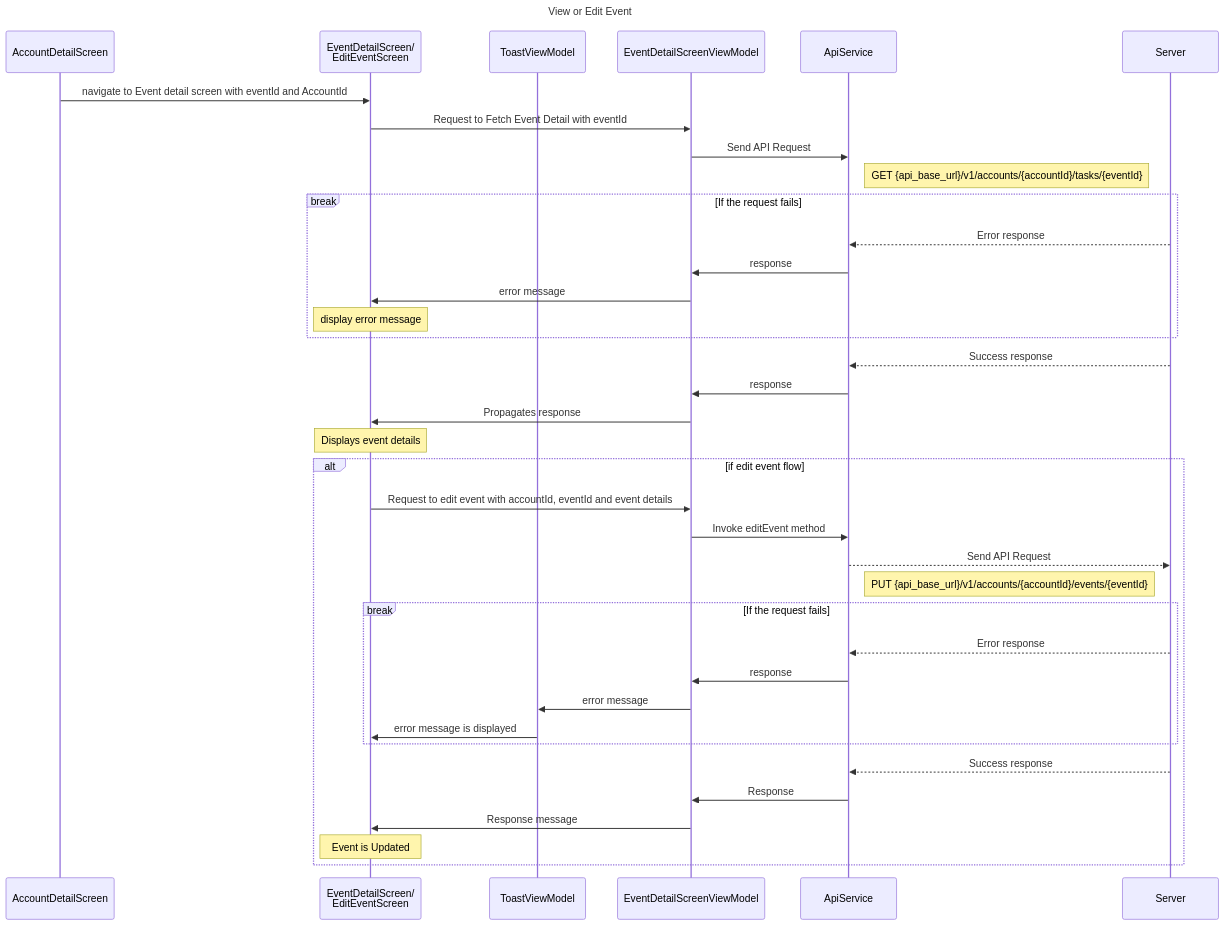
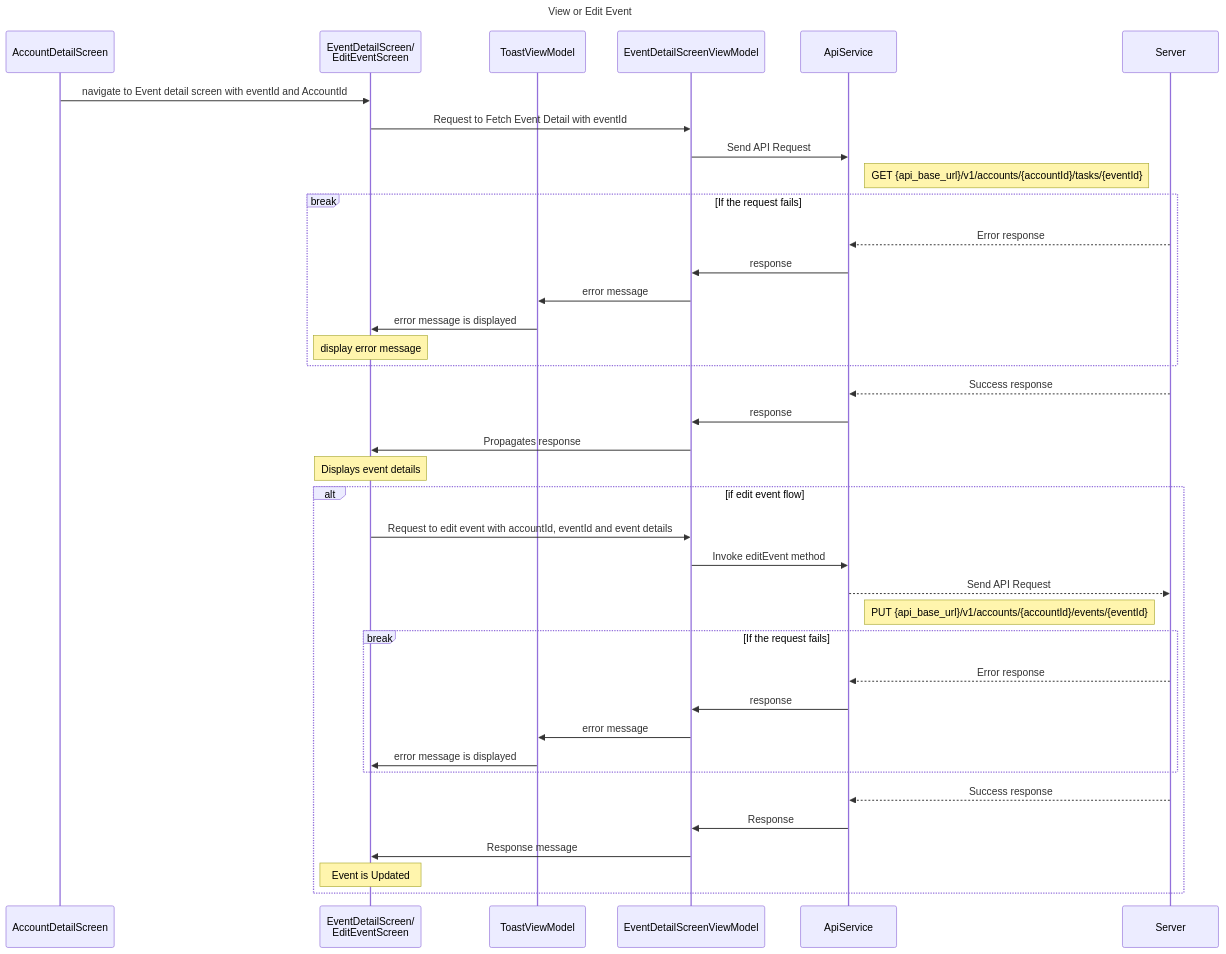
One commit to TrueSparrowSystems/AI-SalesSparrow-Docs changed the diagram in flowDiagrams/IOS/EventDetailScreen.mermaid. Above: the diagram before and after it, drawn with Mermaid.

Commit message:
updated error case for event detail screen

```diff
--- a/flowDiagrams/IOS/EventDetailScreen.mermaid
+++ b/flowDiagrams/IOS/EventDetailScreen.mermaid
@@ -1,46 +1,47 @@
 sequenceDiagram
     title View or Edit Event
 
     participant ADS as AccountDetailScreen
     participant EDS as EventDetailScreen/<br>EditEventScreen
     participant TVM as ToastViewModel
     participant EDSVM as EventDetailScreenViewModel
     participant AS as ApiService
     participant S as Server
 
 
     ADS ->> EDS: navigate to Event detail screen with eventId and AccountId
     EDS ->> EDSVM: Request to Fetch Event Detail with eventId
     EDSVM ->> AS: Send API Request
     note right of AS: GET {api_base_url}/v1/accounts/{accountId}/tasks/{eventId}
 
     break If the request fails
         S-->>AS: Error response
         AS->>EDSVM: response
-        EDSVM->>EDS: error message
+        EDSVM->>TVM: error message
+        TVM->>EDS: error message is displayed
         note over EDS: display error message
     end
 
     S-->>AS: Success response
     AS->>EDSVM: response
     EDSVM->>EDS: Propagates response
     note over EDS: Displays event details
-    
+
     alt if edit event flow
         EDS->>EDSVM: Request to edit event with accountId, eventId and event details
         EDSVM->>AS: Invoke editEvent method
         AS-->>S: Send API Request
         note right of AS: PUT {api_base_url}/v1/accounts/{accountId}/events/{eventId}
 
         break If the request fails
             S-->>AS: Error response
             AS->>EDSVM: response
             EDSVM->>TVM: error message
             TVM->>EDS: error message is displayed
         end
 
         S-->>AS: Success response
         AS->>EDSVM: Response
         EDSVM->>EDS: Response message
         note over EDS: Event is Updated
     end
```
